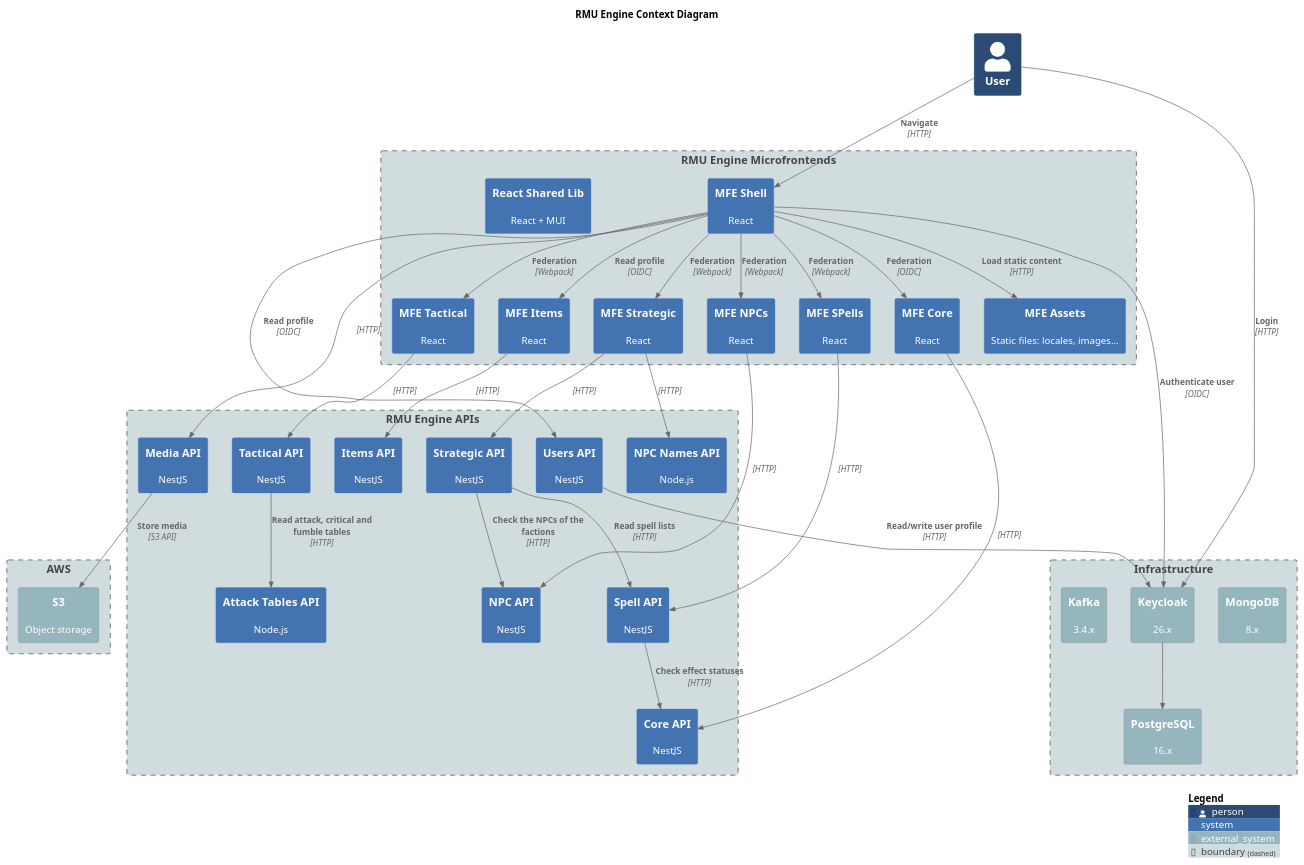
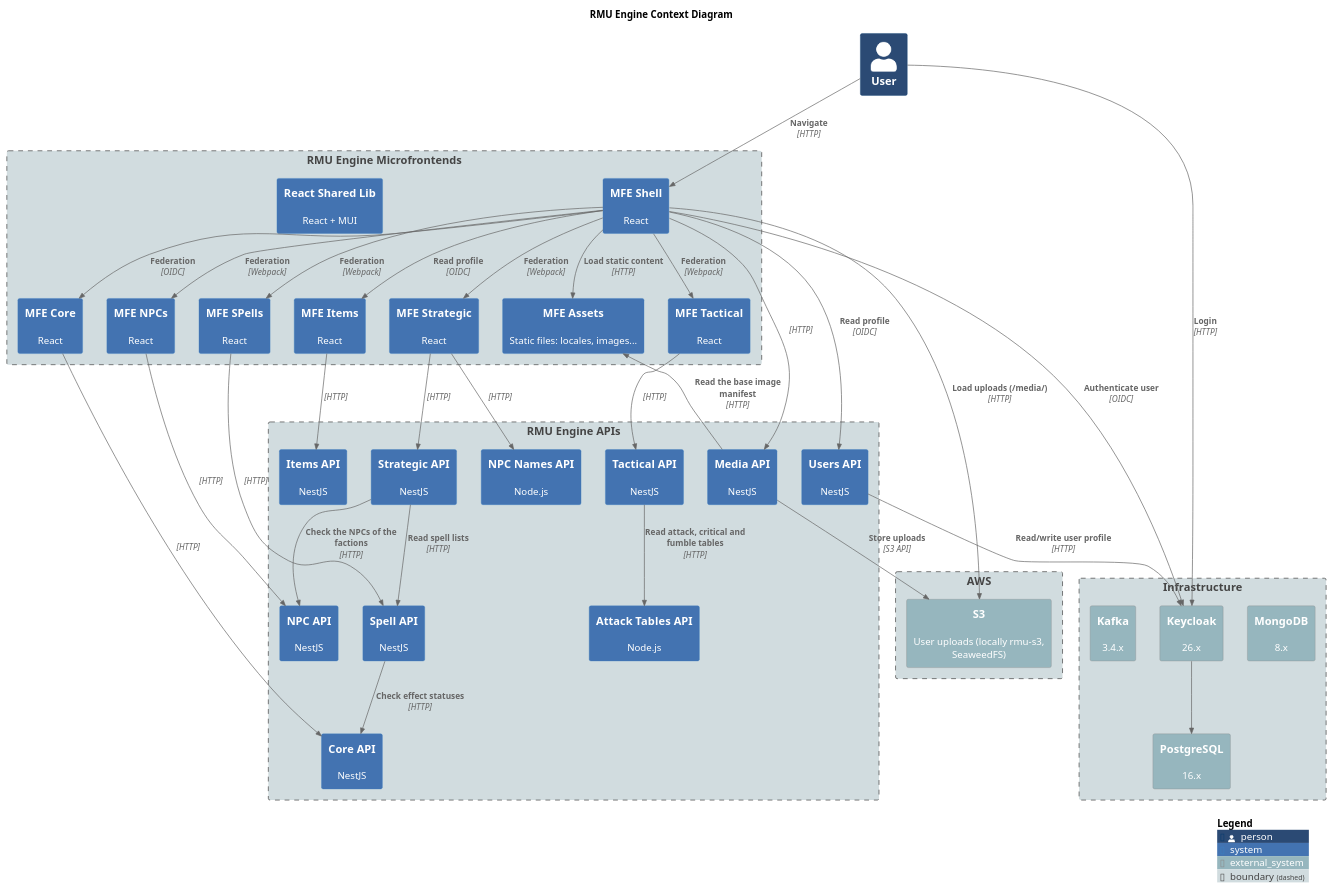
One commit to labcabrera/rmu-platform changed the diagram in docs/architecture/diagrams/c4-context.plantuml. Above: the diagram before and after it, drawn with PlantUML. The commit also changed 12 other files, not shown here.

First line of the commit message:
feat: local s3 store for user images and the /media route

```diff
--- a/docs/architecture/diagrams/c4-context.plantuml
+++ b/docs/architecture/diagrams/c4-context.plantuml
@@ -1,94 +1,96 @@
 @startuml c4-context
 title RMU Engine Context Diagram
 
 !include https://raw.githubusercontent.com/plantuml-stdlib/C4-PlantUML/master/C4_Context.puml
 
 ' LAYOUT_LEFT_RIGHT()
 
 UpdateElementStyle(person, $bgColor="#2b4a74ff")
 UpdateElementStyle(system, $bgColor="#4373b1ff")
 UpdateElementStyle(external_system, $bgColor="#96b6beff")
 UpdateElementStyle(boundary, $bgColor="#d1dcdfff")
 
 Person(user, "User")
 
 Boundary(frontend, "RMU Engine Microfrontends") {
     System(rmu_mfe_shell, "MFE Shell", "React")
     System(rmu_mfe_core, "MFE Core", "React")
     System(rmu_mfe_strategic, "MFE Strategic", "React")
     System(rmu_mfe_tactical, "MFE Tactical", "React")
     System(rmu_mfe_items, "MFE Items", "React")
     System(rmu_mfe_npc, "MFE NPCs", "React")
     System(rmu_mfe_spells, "MFE SPells", "React")
     System(rmu_react_shared_lib, "React Shared Lib", "React + MUI")
     System(rmu_mfe_assets, "MFE Assets", "Static files: locales, images...")
 }
 
 Boundary(apis, "RMU Engine APIs") {
     System(rmu_api_users, "Users API", "NestJS")
     System(rmu_api_core, "Core API", "NestJS")
     System(rmu_api_strategic, "Strategic API", "NestJS")
     System(rmu_api_tactical, "Tactical API", "NestJS")
     System(rmu_api_npc, "NPC API", "NestJS")
     System(rmu_api_npc_names, "NPC Names API", "Node.js")
     System(rmu_api_spells, "Spell API", "NestJS")
     System(rmu_api_items, "Items API", "NestJS")
     System(rmu_api_attack_tables, "Attack Tables API", "Node.js")
     System(rmu_api_media, "Media API", "NestJS")
 }
 
 Boundary(infrastructure, "Infrastructure") {
     System_Ext(mongodb, "MongoDB", "8.x")
     System_Ext(keycloak, "Keycloak", "26.x")
     System_Ext(kafka, "Kafka", "3.4.x")
     System_Ext(postgresql, "PostgreSQL", "16.x")
 }
 
 Boundary(aws, "AWS") {
-    System_Ext(s3, "S3", "Object storage")
+    System_Ext(s3, "S3", "User uploads (locally rmu-s3, SeaweedFS)")
 }
 
 Rel(user, rmu_mfe_shell, "Navigate", "HTTP")
 Rel(user, keycloak, "Login", "HTTP")
 
 Rel(rmu_mfe_shell, rmu_mfe_core, "Federation", "OIDC")
 Rel(rmu_mfe_shell, rmu_mfe_strategic, "Federation", "Webpack")
 Rel(rmu_mfe_shell, rmu_mfe_tactical, "Federation", "Webpack")
 Rel(rmu_mfe_shell, rmu_mfe_items, "Read profile", "OIDC")
 Rel(rmu_mfe_shell, rmu_mfe_npc, "Federation", "Webpack")
 Rel(rmu_mfe_shell, rmu_mfe_spells, "Federation", "Webpack")
 
 Rel(rmu_mfe_shell, rmu_api_users, "Read profile", "OIDC")
 Rel(rmu_mfe_shell, keycloak, "Authenticate user", "OIDC")
 Rel(rmu_mfe_shell, rmu_mfe_assets, "Load static content", "HTTP")
 Rel(rmu_mfe_shell, rmu_api_media, "", "HTTP")
 
 Rel(rmu_mfe_core, rmu_api_core, "", "HTTP")
 
 Rel(rmu_mfe_strategic, rmu_api_strategic, "", "HTTP")
 Rel(rmu_mfe_strategic, rmu_api_npc_names, "", "HTTP")
 
 Rel(rmu_mfe_tactical, rmu_api_tactical, "", "HTTP")
 
 Rel(rmu_api_users, keycloak, "Read/write user profile", "HTTP")
 
 Rel(rmu_mfe_npc, rmu_api_npc, "", "HTTP")
 
 Rel(rmu_mfe_items, rmu_api_items, "", "HTTP")
 
 Rel(rmu_mfe_spells, rmu_api_spells, "", "HTTP")
 
 Rel(rmu_api_tactical, rmu_api_attack_tables, "Read attack, critical and fumble tables", "HTTP")
 Rel(rmu_api_spells, rmu_api_core, "Check effect statuses", "HTTP")
 Rel(rmu_api_strategic, rmu_api_spells, "Read spell lists", "HTTP")
 Rel(rmu_api_strategic, rmu_api_npc, "Check the NPCs of the factions", "HTTP")
 
 ' Attack API: no longer called by tactical since the combat plugin refactor (workspace spec 003).
 
 Rel(keycloak, postgresql, "", "")
 
-Rel(rmu_api_media, s3, "Store media", "S3 API")
+Rel(rmu_api_media, s3, "Store uploads", "S3 API")
+Rel(rmu_api_media, rmu_mfe_assets, "Read the base image manifest", "HTTP")
+Rel(rmu_mfe_shell, s3, "Load uploads (/media/)", "HTTP")
 
 SHOW_LEGEND()
 
 @enduml
```
